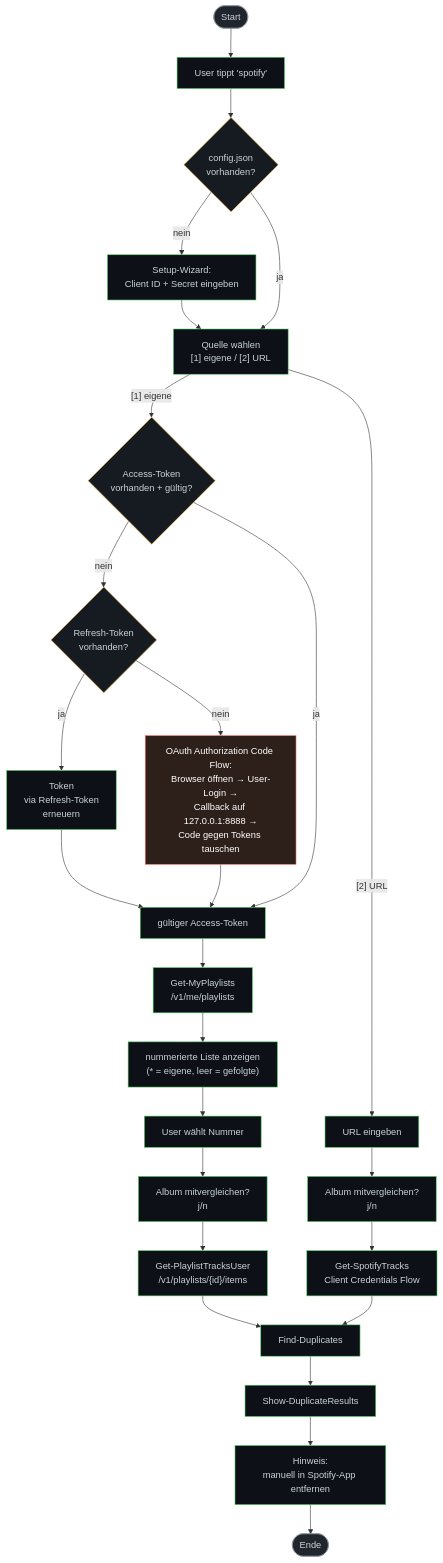
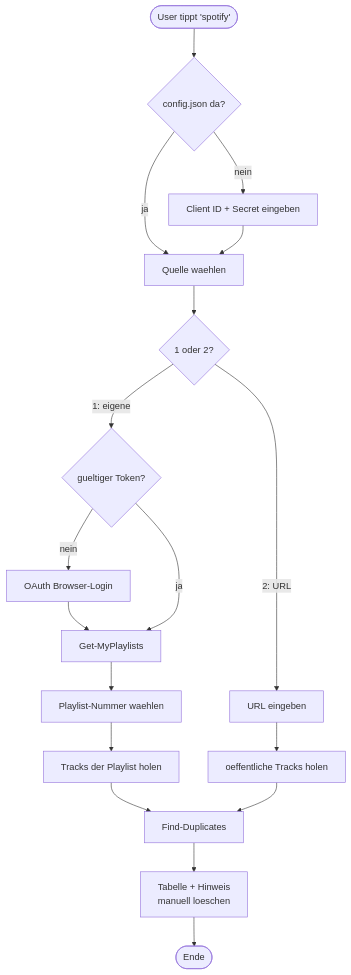
One commit to leandrosab/spotify-dup changed the third of 6 diagrams in anhang/flowchart.md. Above: the diagram before and after it, drawn with Mermaid. The commit also changed other lines of this file, not shown here.

Commit message:
Fixed Flowchart V.2

````diff
--- a/anhang/flowchart.md
+++ b/anhang/flowchart.md
@@ -110,45 +58,24 @@
 ```mermaid
 flowchart TD
-    Start([Start]) --> SpoCmd["User tippt 'spotify'"]
-    SpoCmd --> CfgChk{"config.json<br/>vorhanden?"}
-    CfgChk -->|nein| CfgWizard["Setup-Wizard:<br/>Client ID + Secret eingeben"]
-    CfgWizard --> Source
-    CfgChk -->|ja| Source["Quelle wählen<br/>[1] eigene / [2] URL"]
+    Start([User tippt 'spotify']) --> Cfg{config.json da?}
+    Cfg -->|nein| Setup[Client ID + Secret eingeben]
+    Cfg -->|ja| Choice[Quelle waehlen]
+    Setup --> Choice
 
-    Source -->|"[1] eigene"| TokenChk{"Access-Token<br/>vorhanden + gültig?"}
-    Source -->|"[2] URL"| AskUrl["URL eingeben"]
+    Choice --> Q{1 oder 2?}
+    Q -->|1: eigene| Token{gueltiger Token?}
+    Q -->|2: URL| Url[URL eingeben]
 
-    TokenChk -->|nein| RefreshChk{"Refresh-Token<br/>vorhanden?"}
-    RefreshChk -->|ja| Refresh["Token<br/>via Refresh-Token<br/>erneuern"]
-    RefreshChk -->|nein| OAuth["OAuth Authorization Code Flow:<br/>Browser öffnen → User-Login →<br/>Callback auf 127.0.0.1:8888 →<br/>Code gegen Tokens tauschen"]
+    Token -->|nein| Login[OAuth Browser-Login]
+    Login --> Mine
+    Token -->|ja| Mine[Get-MyPlaylists]
 
-    Refresh --> TokenOk["gültiger Access-Token"]
-    OAuth --> TokenOk
-    TokenChk -->|ja| TokenOk
+    Mine --> Pick[Playlist-Nummer waehlen]
+    Pick --> Fetch[Tracks der Playlist holen]
+    Url --> FetchPublic[oeffentliche Tracks holen]
 
-    TokenOk --> GetMine["Get-MyPlaylists<br/>/v1/me/playlists"]
-    GetMine --> ShowList["nummerierte Liste anzeigen<br/>(* = eigene, leer = gefolgte)"]
-    ShowList --> PickPl["User wählt Nummer"]
-    PickPl --> AskAlb["Album mitvergleichen?<br/>j/n"]
-    AskAlb --> GetTracks["Get-PlaylistTracksUser<br/>/v1/playlists/{id}/items"]
-
-    AskUrl --> AskAlb2["Album mitvergleichen?<br/>j/n"]
-    AskAlb2 --> GetTracksPublic["Get-SpotifyTracks<br/>Client Credentials Flow"]
-
-    GetTracks --> Find["Find-Duplicates"]
-    GetTracksPublic --> Find
-    Find --> Show["Show-DuplicateResults"]
-    Show --> Hint["Hinweis:<br/>manuell in Spotify-App entfernen"]
-    Hint --> End([Ende])
-
-    classDef start fill:#1f3b6e,stroke:#58a6ff,color:#fff
-    classDef proc fill:#0d1117,stroke:#56d364,color:#c9d1d9
-    classDef decision fill:#161b22,stroke:#f0b033,color:#c9d1d9
-    classDef oauth fill:#2d1f1a,stroke:#ff7b72,color:#fff
-    classDef endE fill:#21262d,stroke:#8b949e,color:#c9d1d9
-
-    class Start,End endE
-    class SpoCmd,CfgWizard,Source,AskUrl,Refresh,TokenOk,GetMine,ShowList,PickPl,AskAlb,AskAlb2,GetTracks,GetTracksPublic,Find,Show,Hint proc
-    class CfgChk,TokenChk,RefreshChk decision
-    class OAuth oauth
+    Fetch --> Find[Find-Duplicates]
+    FetchPublic --> Find
+    Find --> Show[Tabelle + Hinweis<br>manuell loeschen]
+    Show --> End([Ende])
 ```
````
